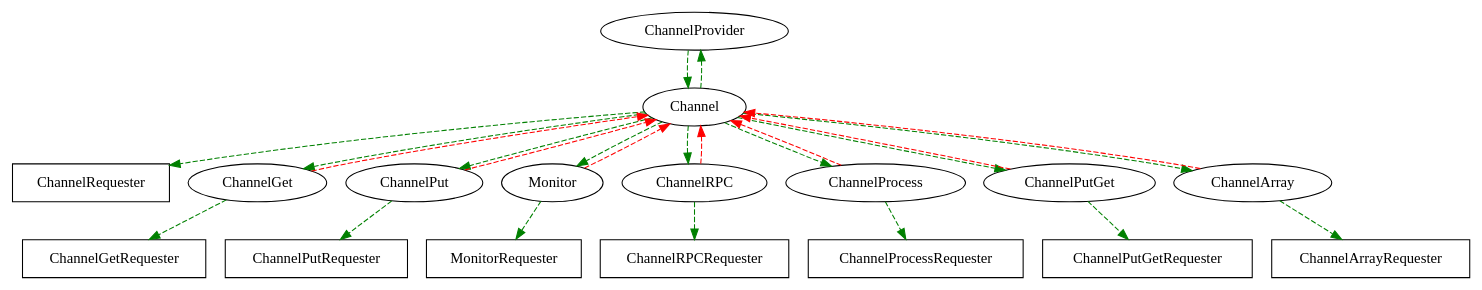
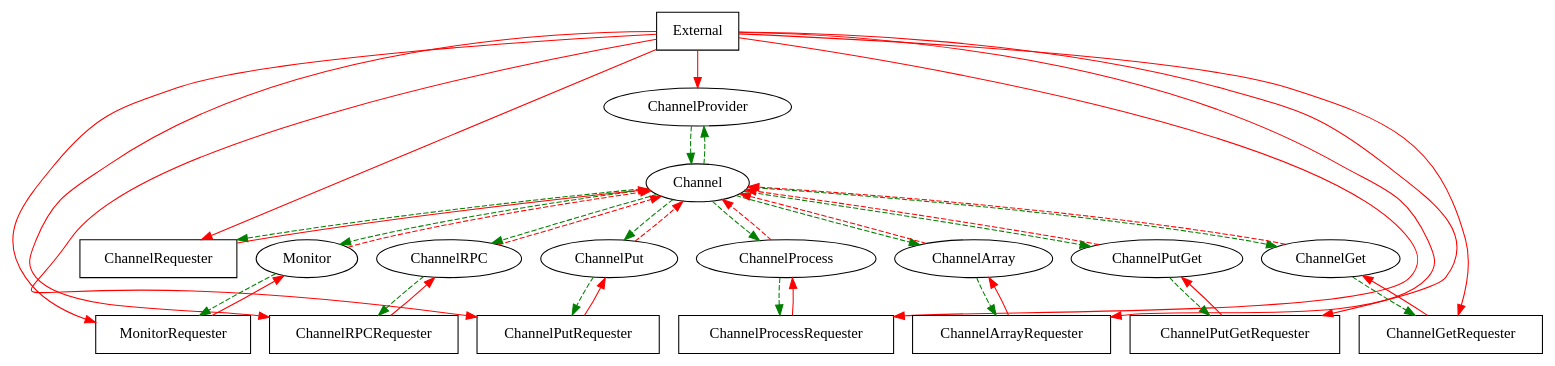
One commit to epics-base/pvAccessCPP changed the diagram in documentation/client_ownership.dot. Above: the diagram before and after it, drawn with Graphviz. The commit also changed 1 other file, not shown here.

```diff
--- a/documentation/client_ownership.dot
+++ b/documentation/client_ownership.dot
@@ -1,53 +1,74 @@
 digraph clientowner {
   ChannelProvider;
   Channel;
   ChannelRequester [shape=box];
+  External [shape=box];
 
   Channel;
   ChannelRequester [shape=box];
   ChannelGet;
   ChannelGetRequester [shape=box];
   ChannelPut;
   ChannelPutRequester [shape=box];
   Monitor;
   MonitorRequester [shape=box];
   ChannelRPC;
   ChannelRPCRequester [shape=box];
   ChannelProcess;
   ChannelProcessRequester [shape=box];
   ChannelPutGet;
   ChannelPutGetRequester [shape=box];
   ChannelArray;
   ChannelArrayRequester [shape=box];
 
   Channel -> ChannelProvider [color=green, style=dashed];
   ChannelProvider -> Channel [color=green, style=dashed];
 
   # Operation -> Requester  weak ref
   Channel -> ChannelRequester [color=green, style=dashed];
   ChannelGet -> ChannelGetRequester [color=green, style=dashed];
   ChannelPut -> ChannelPutRequester [color=green, style=dashed];
   Monitor -> MonitorRequester [color=green, style=dashed];
   ChannelRPC -> ChannelRPCRequester [color=green, style=dashed];
   ChannelProcess -> ChannelProcessRequester [color=green, style=dashed];
   ChannelPutGet -> ChannelPutGetRequester [color=green, style=dashed];
   ChannelArray -> ChannelArrayRequester [color=green, style=dashed];
 
   # Channel -> Operation  weak ref
   Channel -> ChannelGet [color=green, style=dashed];
   Channel -> ChannelPut [color=green, style=dashed];
   Channel -> Monitor [color=green, style=dashed];
   Channel -> ChannelRPC [color=green, style=dashed];
   Channel -> ChannelProcess [color=green, style=dashed];
   Channel -> ChannelPutGet [color=green, style=dashed];
   Channel -> ChannelArray [color=green, style=dashed];
 
   # Operation -> Channel  strong ref
   ChannelGet -> Channel [color=red, style=dashed];
   ChannelPut -> Channel [color=red, style=dashed];
   Monitor -> Channel [color=red, style=dashed];
   ChannelRPC -> Channel [color=red, style=dashed];
   ChannelProcess -> Channel [color=red, style=dashed];
   ChannelPutGet -> Channel [color=red, style=dashed];
   ChannelArray -> Channel [color=red, style=dashed];
+
+  # user code ownership
+  External -> ChannelProvider [color=red];
+  External -> ChannelRequester [color=red];
+  External -> ChannelGetRequester [color=red];
+  External -> ChannelPutRequester [color=red];
+  External -> MonitorRequester [color=red];
+  External -> ChannelRPCRequester [color=red];
+  External -> ChannelProcessRequester [color=red];
+  External -> ChannelPutGetRequester [color=red];
+  External -> ChannelArrayRequester [color=red];
+
+  ChannelRequester -> Channel [color=red];
+  ChannelGetRequester -> ChannelGet [color=red];
+  ChannelPutRequester -> ChannelPut [color=red];
+  MonitorRequester    -> Monitor [color=red];
+  ChannelRPCRequester -> ChannelRPC [color=red];
+  ChannelProcessRequester -> ChannelProcess [color=red];
+  ChannelPutGetRequester -> ChannelPutGet [color=red];
+  ChannelArrayRequester -> ChannelArray [color=red];
 }
```
